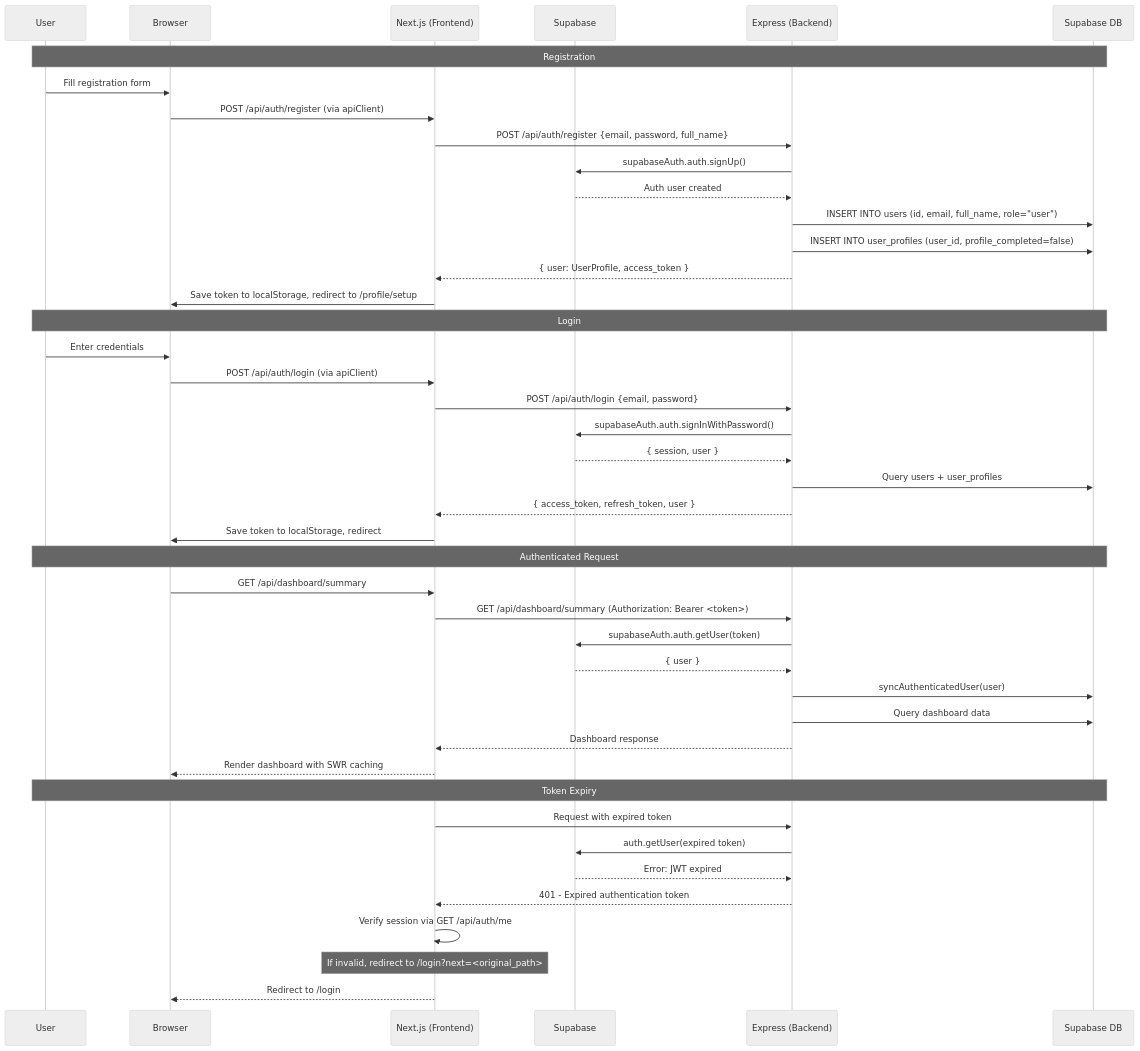
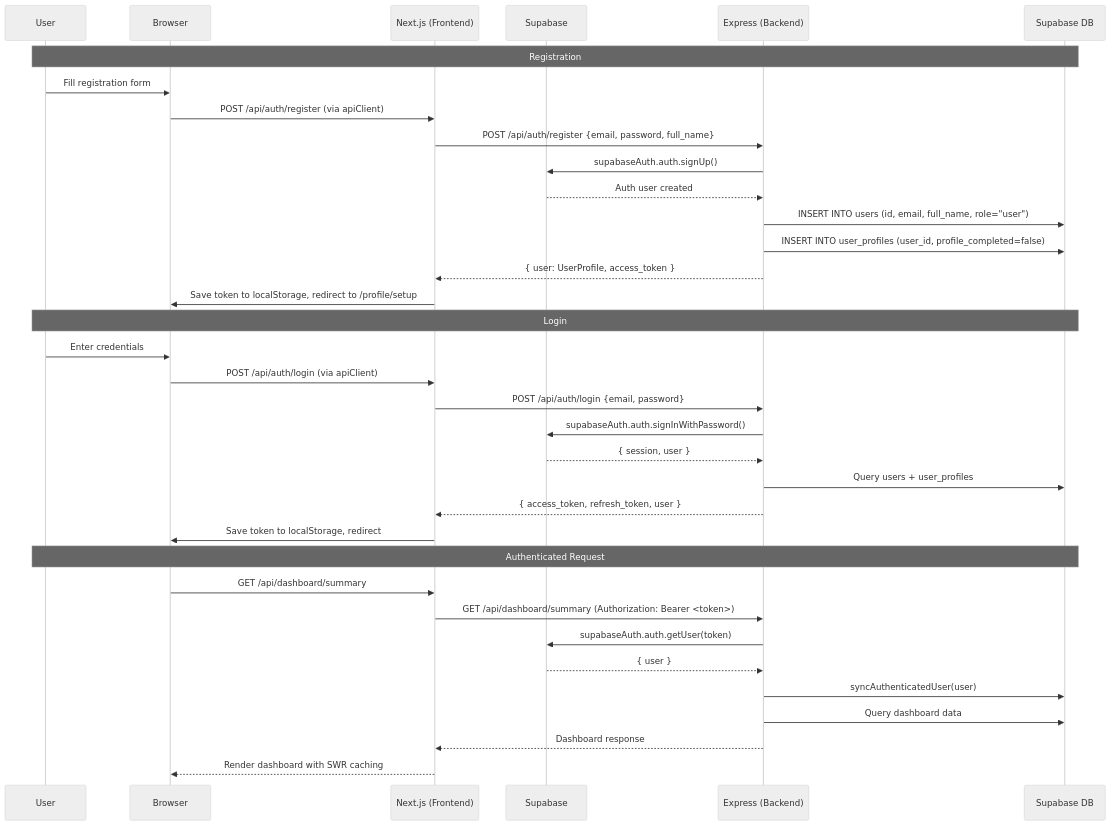
One commit to ankitpandey006/BharatLens changed the third of 7 diagrams in DOCUMENTATION.md. Above: the diagram before and after it, drawn with Mermaid (neutral theme). The commit also changed other lines of this file and 108 other files, not shown here.

````diff
--- a/DOCUMENTATION.md
+++ b/DOCUMENTATION.md
@@ -920,49 +1096,40 @@
 ```mermaid
 sequenceDiagram
     participant User
     participant Browser
     participant NextJS as Next.js (Frontend)
     participant Supabase
     participant Express as Express (Backend)
     participant DB as Supabase DB
 
     Note over User,DB: Registration
     User->>Browser: Fill registration form
     Browser->>NextJS: POST /api/auth/register (via apiClient)
     NextJS->>Express: POST /api/auth/register {email, password, full_name}
     Express->>Supabase: supabaseAuth.auth.signUp()
     Supabase-->>Express: Auth user created
     Express->>DB: INSERT INTO users (id, email, full_name, role="user")
     Express->>DB: INSERT INTO user_profiles (user_id, profile_completed=false)
     Express-->>NextJS: { user: UserProfile, access_token }
     NextJS->>Browser: Save token to localStorage, redirect to /profile/setup
 
     Note over User,DB: Login
     User->>Browser: Enter credentials
     Browser->>NextJS: POST /api/auth/login (via apiClient)
     NextJS->>Express: POST /api/auth/login {email, password}
     Express->>Supabase: supabaseAuth.auth.signInWithPassword()
     Supabase-->>Express: { session, user }
     Express->>DB: Query users + user_profiles
     Express-->>NextJS: { access_token, refresh_token, user }
     NextJS->>Browser: Save token to localStorage, redirect
 
     Note over User,DB: Authenticated Request
     Browser->>NextJS: GET /api/dashboard/summary
     NextJS->>Express: GET /api/dashboard/summary (Authorization: Bearer <token>)
     Express->>Supabase: supabaseAuth.auth.getUser(token)
     Supabase-->>Express: { user }
     Express->>DB: syncAuthenticatedUser(user)
     Express->>DB: Query dashboard data
     Express-->>NextJS: Dashboard response
     NextJS-->>Browser: Render dashboard with SWR caching
-
-    Note over User,DB: Token Expiry
-    NextJS->>Express: Request with expired token
-    Express->>Supabase: auth.getUser(expired token)
-    Supabase-->>Express: Error: JWT expired
-    Express-->>NextJS: 401 - Expired authentication token
-    NextJS->>NextJS: Verify session via GET /api/auth/me
-    Note over NextJS: If invalid, redirect to /login?next=<original_path>
-    NextJS-->>Browser: Redirect to /login
 ```
````
